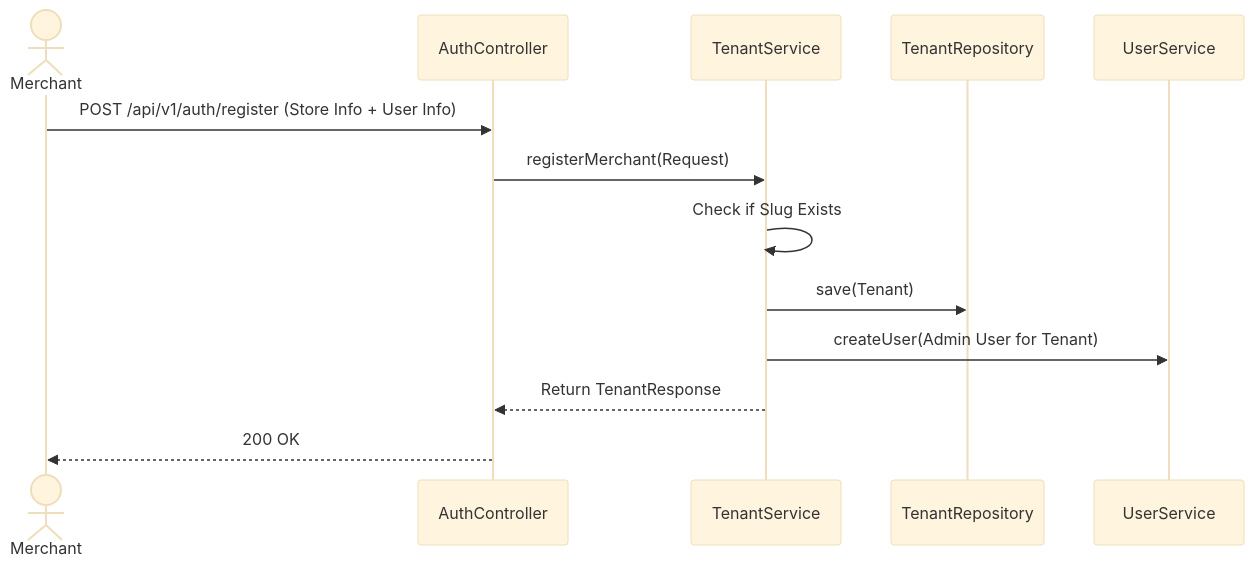
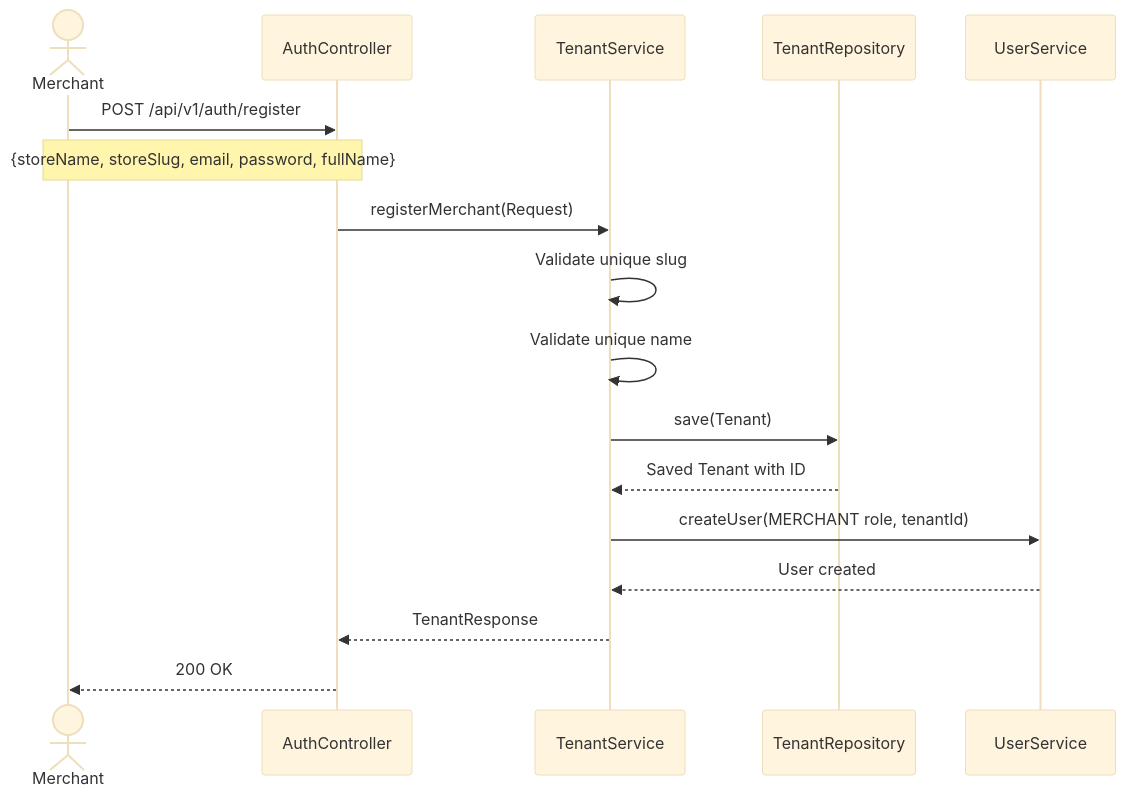
One commit to Firasbaklouti1/shopify-alternative changed the third of 3 diagrams in src/main/java/com/firas/saas/tenant/README.md. Above: the diagram before and after it, drawn with Mermaid (base theme). The commit also changed other lines of this file and 77 other files, not shown here.

````diff
--- a/src/main/java/com/firas/saas/tenant/README.md
+++ b/src/main/java/com/firas/saas/tenant/README.md
@@ -30,16 +97,23 @@
 ```mermaid
 sequenceDiagram
     actor M as Merchant
     participant C as AuthController
-    participant S as TenantService
+    participant T as TenantService
     participant R as TenantRepository
     participant U as UserService
 
-    M->>C: POST /api/v1/auth/register (Store Info + User Info)
-    C->>S: registerMerchant(Request)
-    S->>S: Check if Slug Exists
-    S->>R: save(Tenant)
-    S->>U: createUser(Admin User for Tenant)
-    S-->>C: Return TenantResponse
+    M->>C: POST /api/v1/auth/register
+    Note over M,C: {storeName, storeSlug, email, password, fullName}
+    
+    C->>T: registerMerchant(Request)
+    T->>T: Validate unique slug
+    T->>T: Validate unique name
+    T->>R: save(Tenant)
+    R-->>T: Saved Tenant with ID
+    
+    T->>U: createUser(MERCHANT role, tenantId)
+    U-->>T: User created
+    
+    T-->>C: TenantResponse
     C-->>M: 200 OK
 ```
````
